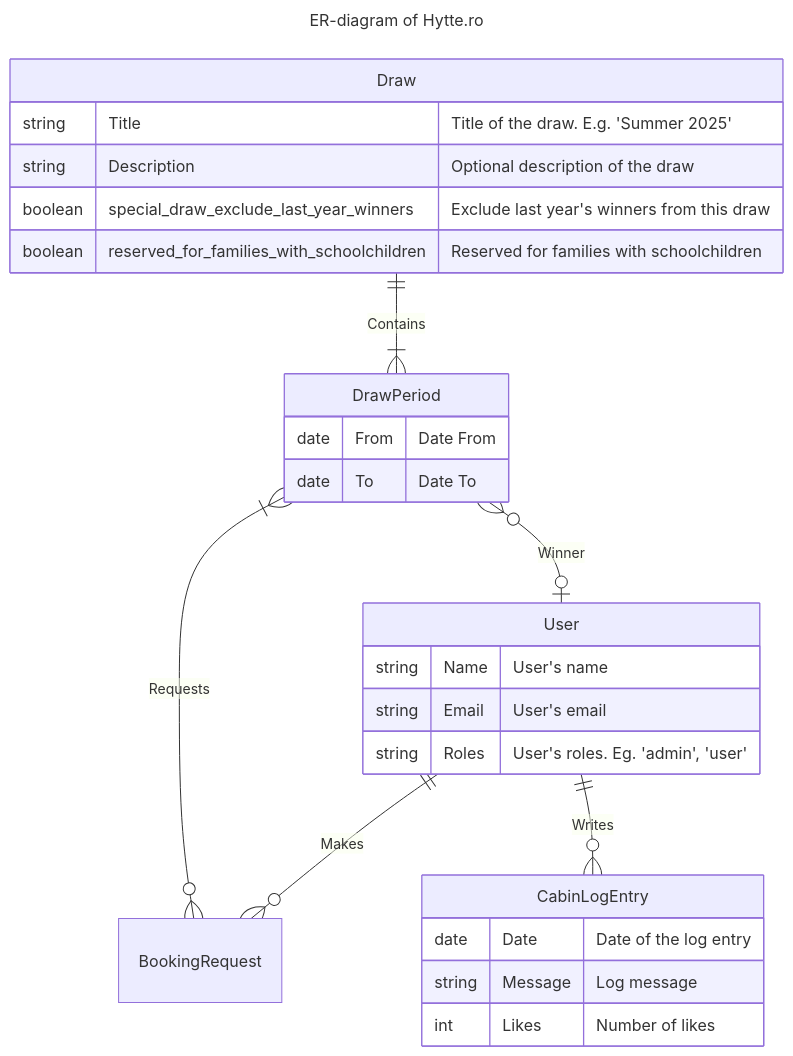
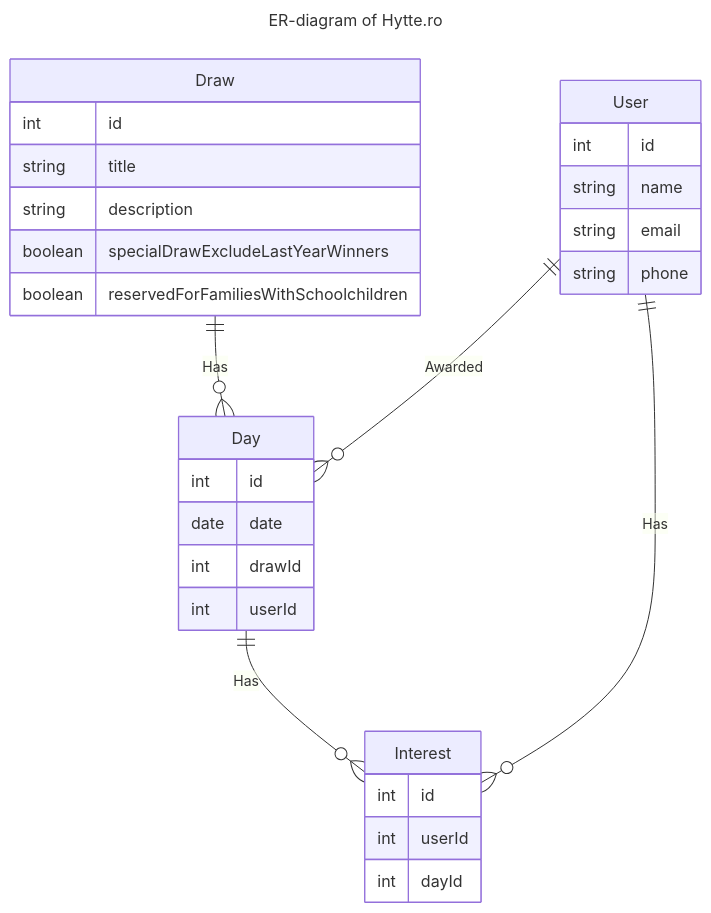
Before and after one commit to miles-no/miles_kabinizer: the first of 2 diagrams in er-diagram.md, drawn with Mermaid. The commit also changed other lines of this file and 55 other files, not shown here.

````diff
--- a/er-diagram.md
+++ b/er-diagram.md
@@ -1,33 +3,36 @@
 ```mermaid
 ---
-title: ER-diagram of Hytte.ro
+title:  ER-diagram of Hytte.ro
 ---
 erDiagram
     Draw {
-        string Title "Title of the draw. E.g. 'Summer 2025'"
-        string Description "Optional description of the draw"
-        boolean special_draw_exclude_last_year_winners "Exclude last year's winners from this draw"
-        boolean reserved_for_families_with_schoolchildren "Reserved for families with schoolchildren"
-    }
-    DrawPeriod {
-        date From "Date From"
-        date To "Date To"
-    }
-    BookingRequest {
+        int id
+        string title
+        string description
+        boolean specialDrawExcludeLastYearWinners
+        boolean reservedForFamiliesWithSchoolchildren
     }
     User {
-        string Name "User's name"
-        string Email "User's email"
-        string Roles "User's roles. Eg. 'admin', 'user'"
+        int id
+        string name
+        string email
+        string phone
     }
-    Draw ||--|{ DrawPeriod: "Contains"
-    DrawPeriod }o--o| User: "Winner"
-    User ||--o{ BookingRequest: "Makes"
-    BookingRequest }o--|{ DrawPeriod: "Requests"
-    CabinLogEntry {
-        date Date "Date of the log entry"
-        string Message "Log message"
-        int Likes "Number of likes"
+    Day {
+        int id
+        date date
+        int drawId
+        int userId
     }
-    User ||--o{ CabinLogEntry: "Writes"
+    Interest {
+        int id
+        int userId
+        int dayId
+    }
+
+    Draw ||--o{ Day : "Has"
+    User ||--o{ Day : "Awarded"
+    User ||--o{ Interest : "Has"
+    Day ||--o{ Interest : "Has"
+
 ```
````
